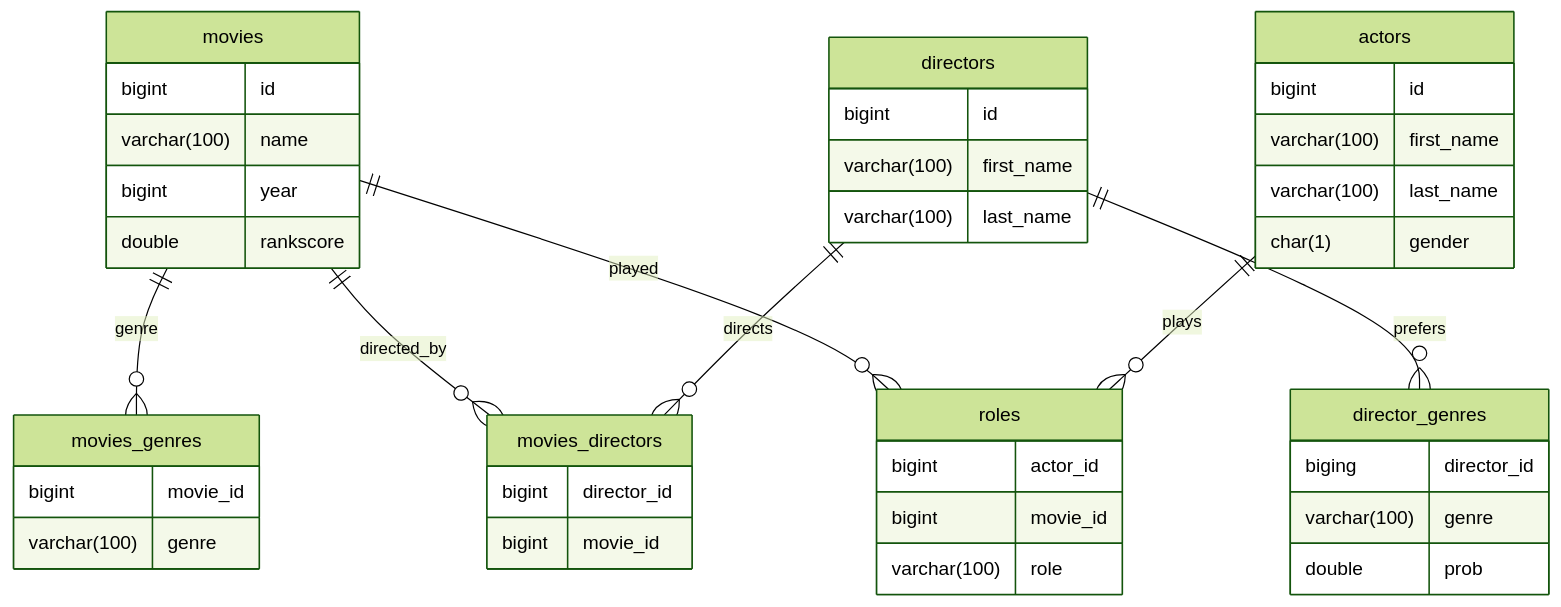
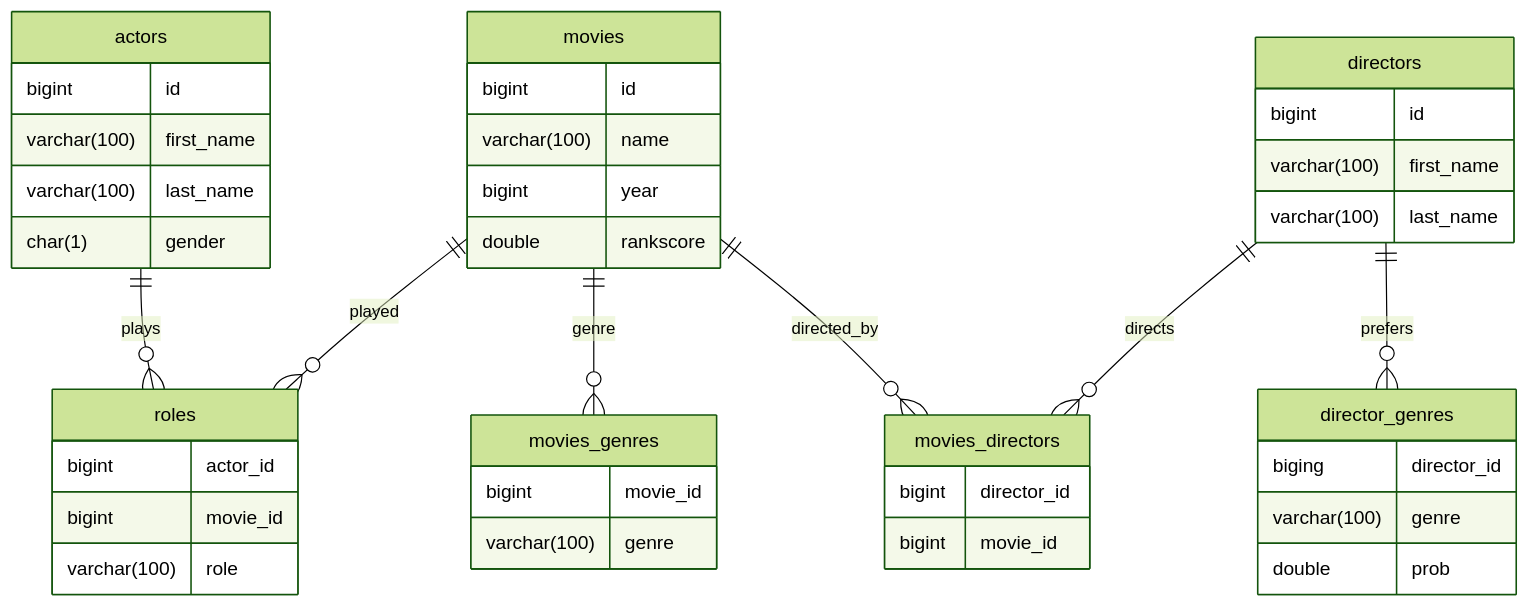
The diagram in README.md (MohamadDimasPrayoga1010/koda-b4-db3), drawn with Mermaid (forest theme) before and after one commit.

````diff
--- a/README.md
+++ b/README.md
@@ -4,60 +4,63 @@
 ```mermaid
 erDiagram
 
+
+
+roles{
+    bigint actor_id
+    bigint movie_id
+    varchar(100) role
+}
 movies{
     bigint id
     varchar(100) name
     bigint year
     double rankscore
 }
+
 
 directors{
     bigint id
     varchar(100) first_name
     varchar(100) last_name
 }
 
 movies_genres{
     bigint movie_id
     varchar(100) genre
 }
 
 actors{
     bigint id
     varchar(100) first_name
     varchar(100) last_name
     char(1) gender
 }
 
-roles{
-    bigint actor_id
-    bigint movie_id
-    varchar(100) role
-}
 
 director_genres{
     biging director_id
     varchar(100) genre
     double prob
 }
 
 movies_directors{
     bigint director_id
     bigint movie_id
 }
 
 
 
 
-
+movies ||--o{ roles : "played"
 directors ||--o{ movies_directors : "directs"
 movies ||--o{ movies_directors : "directed_by"
 directors ||--o{ director_genres : "prefers"
 movies ||--o{ movies_genres : "genre"
 actors ||--o{ roles : "plays"
-movies ||--o{ roles : "played"
+
 
 
 
  
 ```
````
